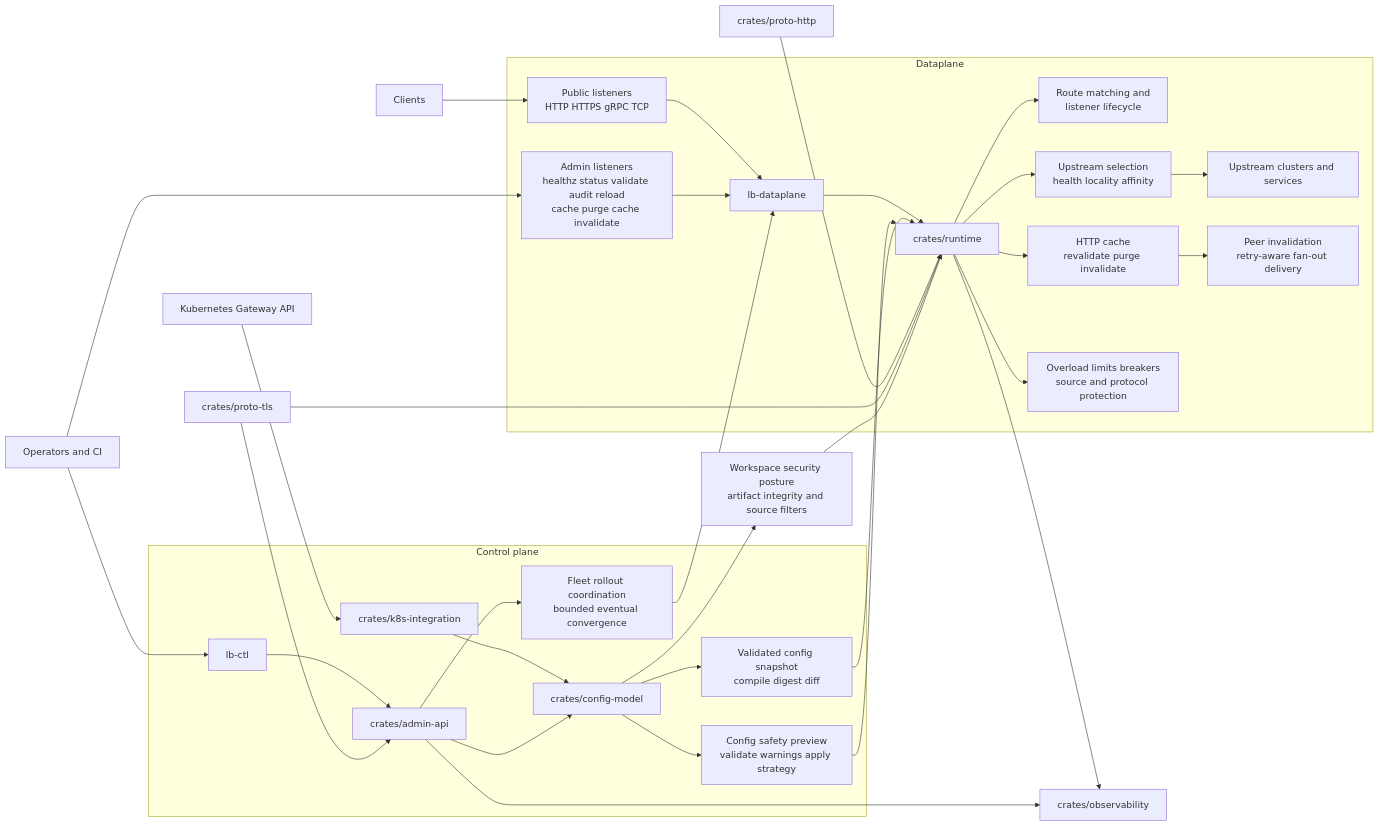
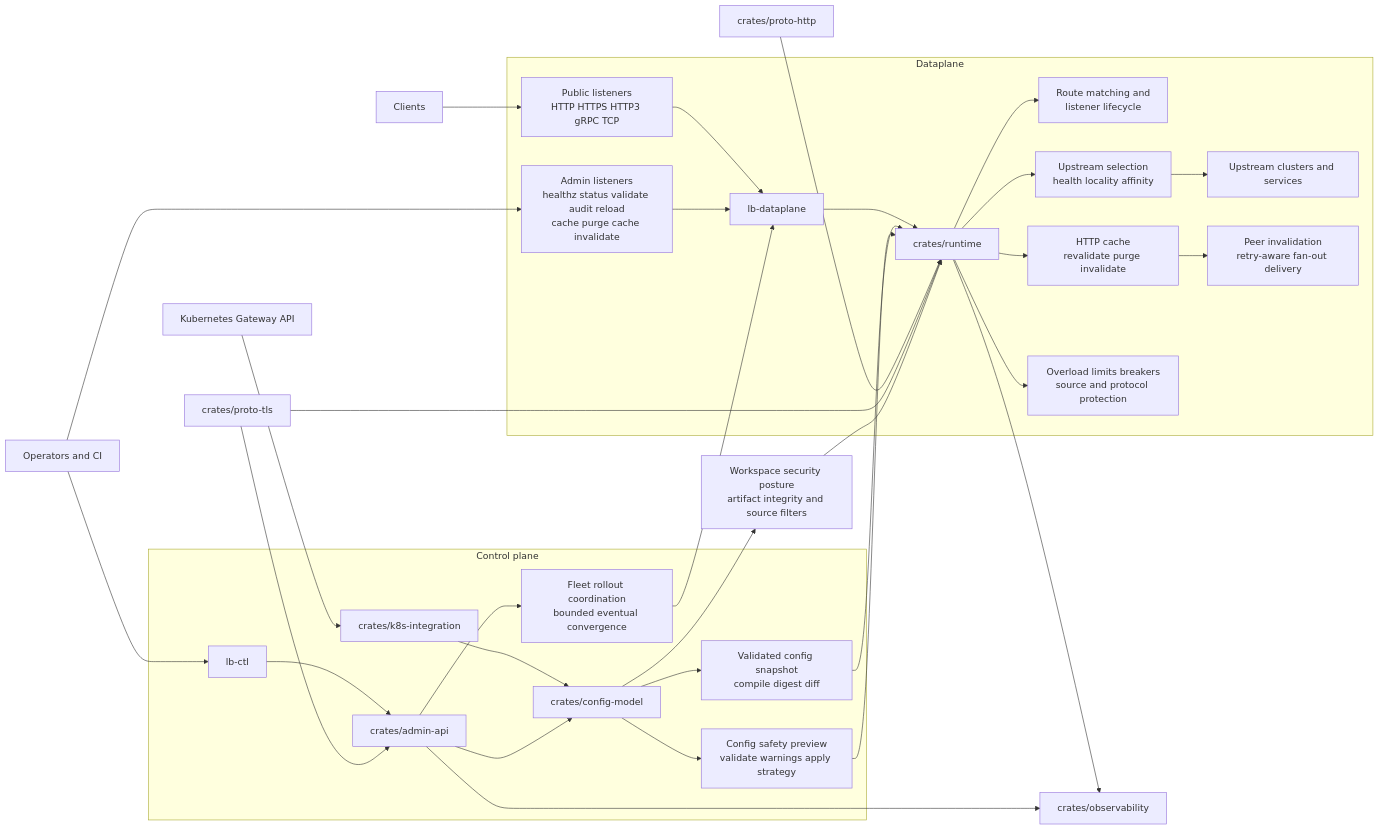
One commit to Lahutsin/way-balancer changed the diagram in docs/architecture.md. Above: the diagram before and after it, drawn with Mermaid. The commit also changed other lines of this file and 62 other files, not shown here.

````diff
--- a/docs/architecture.md
+++ b/docs/architecture.md
@@ -7,44 +7,44 @@
 ```mermaid
 flowchart LR
-    user[Clients] --> public[Public listeners\nHTTP HTTPS gRPC TCP]
+    user[Clients] --> public[Public listeners\nHTTP HTTPS HTTP3 gRPC TCP]
     operator[Operators and CI] --> admin[Admin listeners\nhealthz status validate audit reload\ncache purge cache invalidate]
     operator --> ctl[lb-ctl]
     k8s[Kubernetes Gateway API] --> k8s_integration[crates/k8s-integration]
 
     subgraph ControlPlane[Control plane]
         ctl --> admin_api[crates/admin-api]
         k8s_integration --> config_model[crates/config-model]
         admin_api --> config_model
         admin_api --> fleet[Fleet rollout coordination\nbounded eventual convergence]
         config_model --> snapshot[Validated config snapshot\ncompile digest diff]
         config_model --> safety[Config safety preview\nvalidate warnings apply strategy]
     end
 
     subgraph DataPlane[Dataplane]
         dataplane[lb-dataplane] --> runtime[crates/runtime]
         public --> dataplane
         admin --> dataplane
         snapshot --> runtime
         safety --> runtime
         runtime --> routing[Route matching and\nlistener lifecycle]
         runtime --> selection[Upstream selection\nhealth locality affinity]
         runtime --> cache[HTTP cache\nrevalidate purge invalidate]
         runtime --> protection[Overload limits breakers\nsource and protocol protection]
         selection --> upstreams[Upstream clusters and services]
         cache --> peers[Peer invalidation\nretry-aware fan-out delivery]
         fleet --> dataplane
     end
 
     proto_http[crates/proto-http]
     proto_tls[crates/proto-tls]
     observability[crates/observability]
     security_cfg[Workspace security posture\nartifact integrity and source filters]
 
     proto_http --> runtime
     proto_tls --> runtime
     proto_tls --> admin_api
     config_model --> security_cfg
     security_cfg --> runtime
     runtime --> observability
     admin_api --> observability
 ```
````
